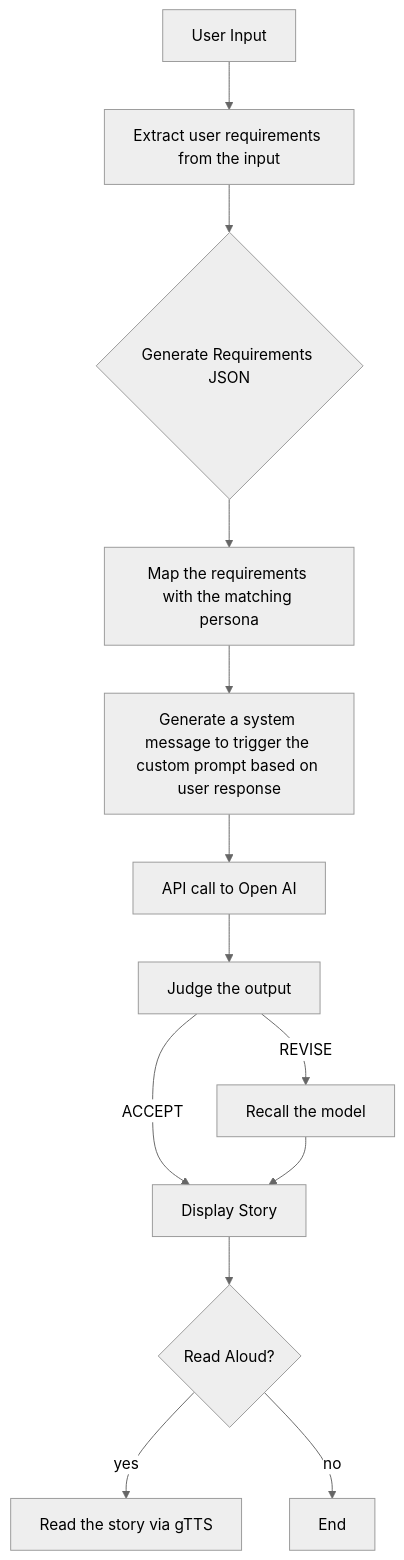
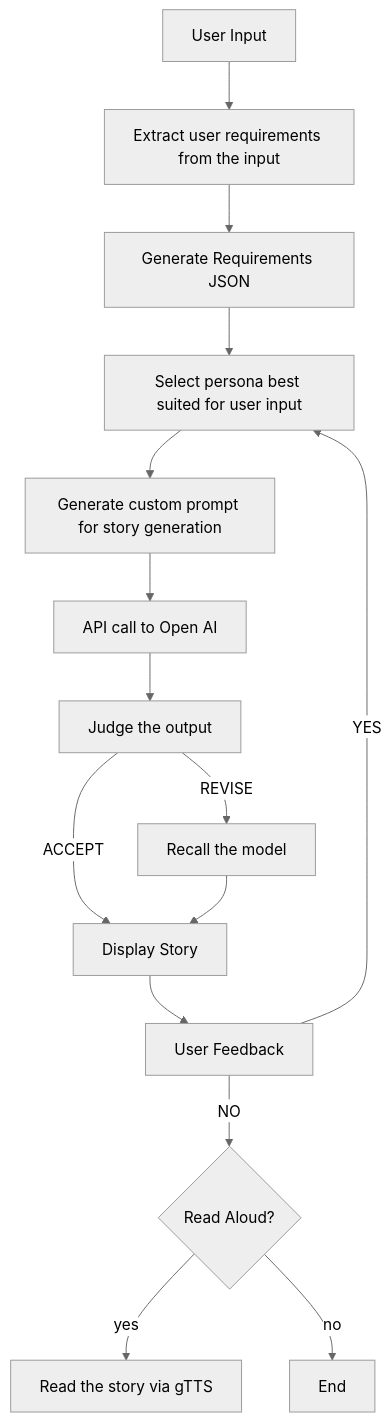
One commit to Deekshita-karingula-01/Multi-Agent-Story-Generator changed the diagram in README.md. Above: the diagram before and after it, drawn with Mermaid (neutral theme).

````diff
--- a/README.md
+++ b/README.md
@@ -38,15 +38,17 @@
 ```mermaid
 flowchart TD
   A[User Input] --> B[Extract user requirements from the input]
-  B --> C{Generate Requirements JSON}
-  C --> D[Map the requirements with the matching persona]
-  D --> E[Generate a system message to trigger the custom prompt based on user response]
+  B --> C[Generate Requirements JSON]
+  C --> D[Select persona best suited for user input]
+  D --> E[Generate custom prompt for story generation]
   E --> F[API call to Open AI]
   F --> G[Judge the output]
   G -- "ACCEPT" --> H[Display Story]
   G -- "REVISE" --> I[Recall the model]
   I --> H
-  H --> J{Read Aloud?}
-  J -- "yes" --> K[Read the story via gTTS]
-  J -- "no" --> L[End]
+  H --> J[User Feedback]
+  J -- "NO" --> K{Read Aloud?}
+  J -- "YES" --> D
+  K -- "yes" --> L[Read the story via gTTS]
+  K -- "no" --> M[End]
 ```
````
